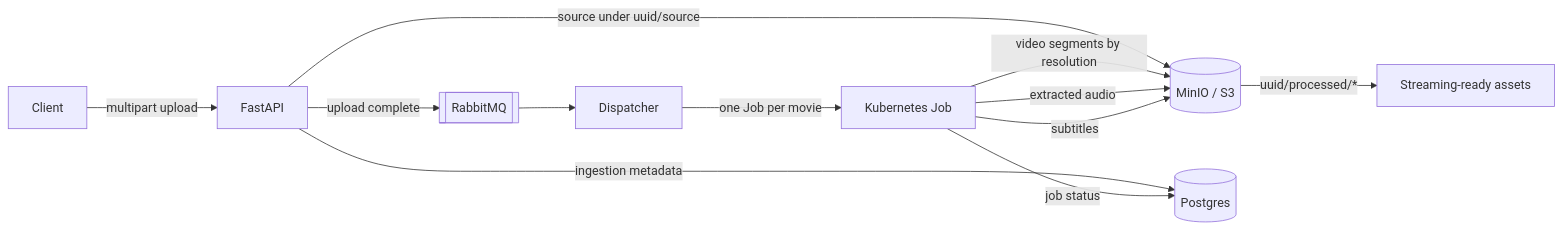
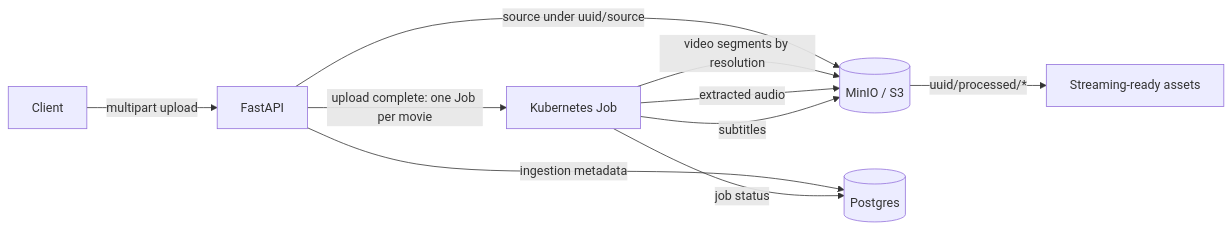
Before and after one commit to personal-ott-platform/ott-platform-ingestion-service: the diagram in README.md, drawn with Mermaid. The commit also changed other lines of this file and 6 other files, not shown here.

````diff
--- a/README.md
+++ b/README.md
@@ -13,14 +13,12 @@
 ```mermaid
 flowchart LR
   Client -->|multipart upload| API[FastAPI]
   API -->|source under uuid/source| S3[(MinIO / S3)]
   API -->|ingestion metadata| PG[(Postgres)]
-  API -->|upload complete| MQ[[RabbitMQ]]
-  MQ --> Disp[Dispatcher]
-  Disp -->|one Job per movie| K8s[Kubernetes Job]
+  API -->|upload complete: one Job per movie| K8s[Kubernetes Job]
   K8s -->|video segments by resolution| S3
   K8s -->|extracted audio| S3
   K8s -->|subtitles| S3
   K8s -->|job status| PG
   S3 -->|uuid/processed/*| Stream[Streaming-ready assets]
 ```
````
